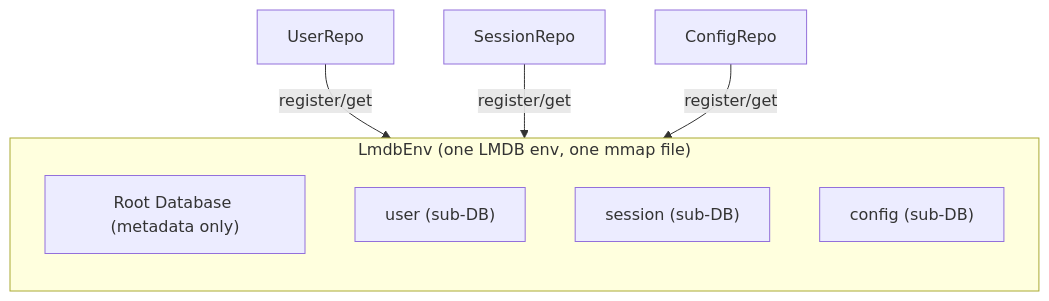
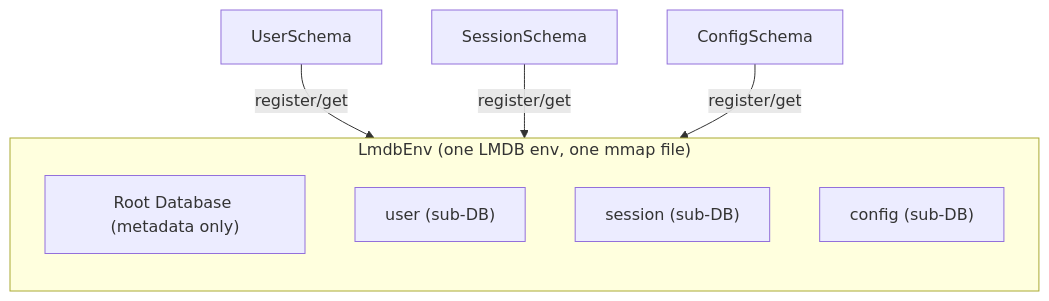
Before and after one commit to gramstax/gramstax: the diagram in packages/lmdb/README.md, drawn with Mermaid. The commit also changed other lines of this file and 29 other files, not shown here.

First line of the commit message:
docs(lmdb): migrate examples and bench to schema API

````diff
--- a/packages/lmdb/README.md
+++ b/packages/lmdb/README.md
@@ -104,14 +113,14 @@
 ```mermaid
 flowchart TB
     subgraph Env["LmdbEnv (one LMDB env, one mmap file)"]
         direction TB
         Root["Root Database (metadata only)"]
         Users["user (sub-DB)"]
         Sessions["session (sub-DB)"]
         Config["config (sub-DB)"]
     end
 
-    UserRepo -->|register/get| Users
-    SessionRepo -->|register/get| Sessions
-    ConfigRepo -->|register/get| Config
+    UserSchema -->|register/get| Users
+    SessionSchema -->|register/get| Sessions
+    ConfigSchema -->|register/get| Config
 ```
````
